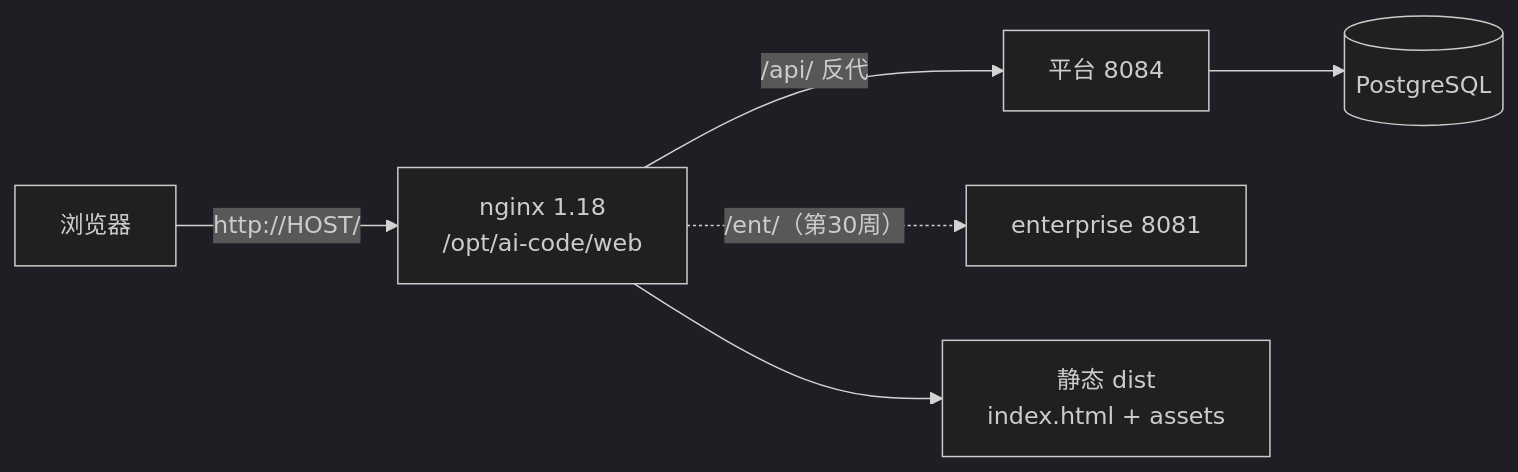
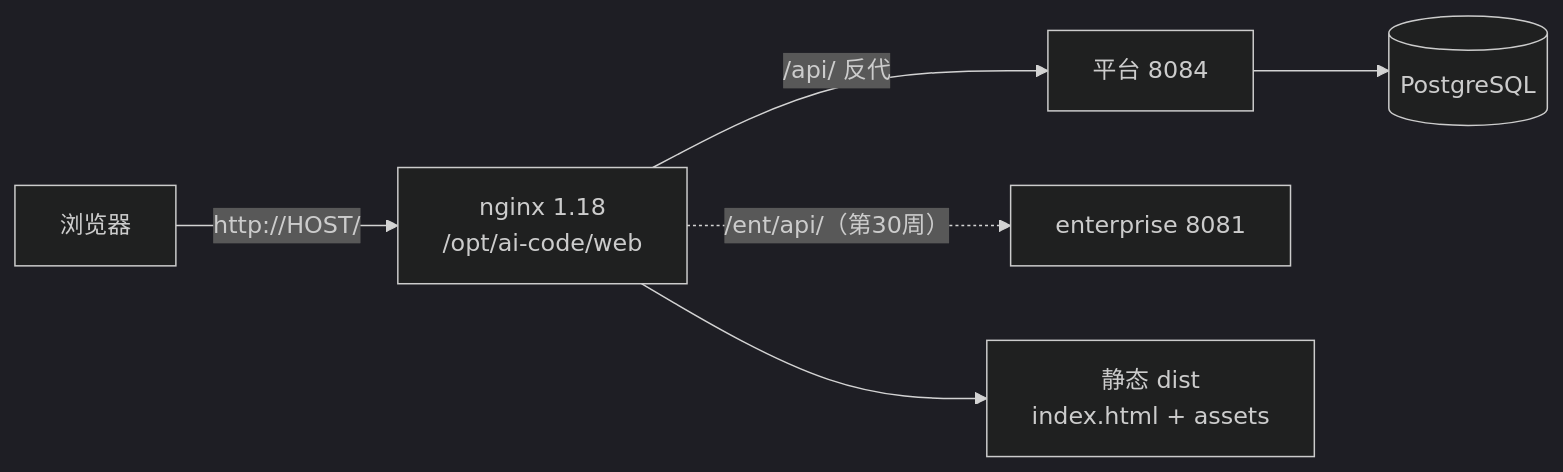
The first of 3 diagrams in docs/architecture/week-29-architecture.md (xiaoguolong/ai-code-repo), drawn with Mermaid (dark theme) before and after one commit. The commit also changed 25 other files, not shown here.

````diff
--- a/docs/architecture/week-29-architecture.md
+++ b/docs/architecture/week-29-architecture.md
@@ -7,8 +7,8 @@
 ```mermaid
 flowchart LR
     B["浏览器"] -->|"http://HOST/"| N["nginx 1.18<br/>/opt/ai-code/web"]
     N -->|"/api/ 反代"| P["平台 8084"]
-    N -.->|"/ent/（第30周）"| E["enterprise 8081"]
+    N -.->|"/ent/api/（第30周）"| E["enterprise 8081"]
     N --> S["静态 dist<br/>index.html + assets"]
     P --> DB[("PostgreSQL")]
 ```
````
